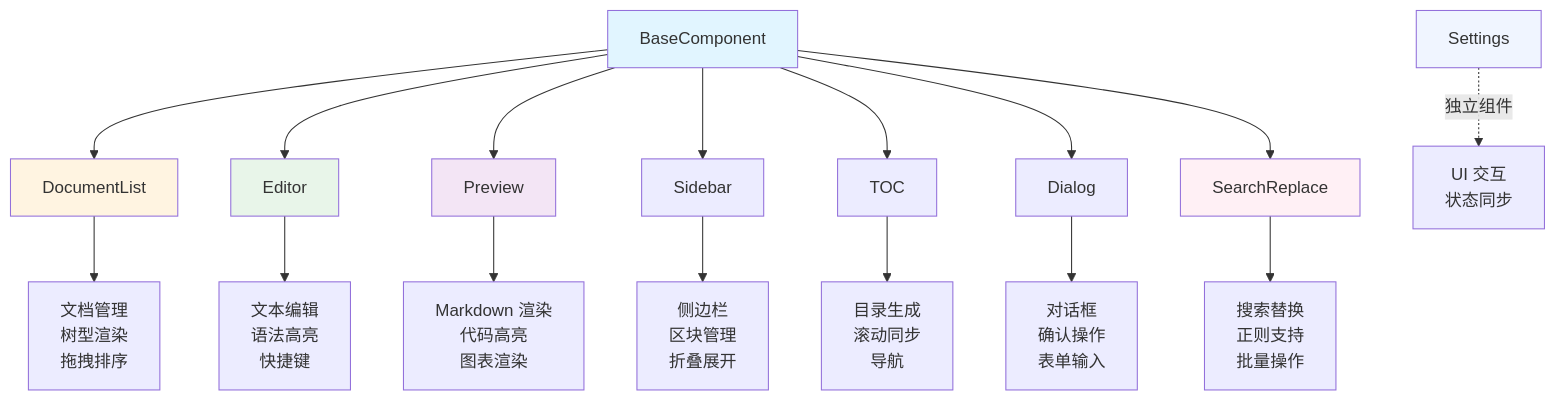
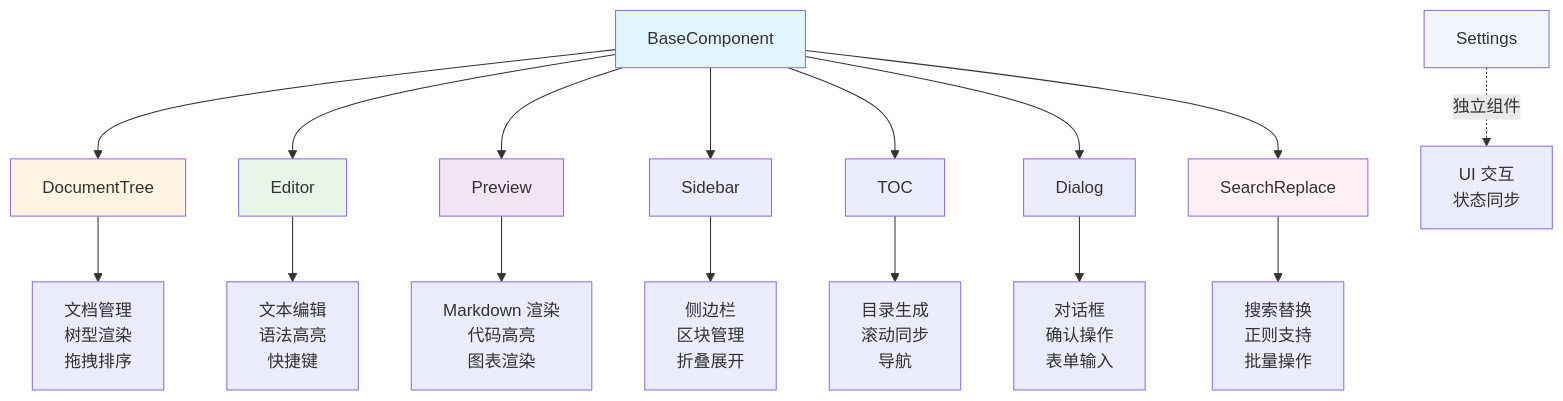
One commit to ZCShou/markdown changed the fifth of 15 diagrams in docs/arch.md. Above: the diagram before and after it, drawn with Mermaid. The commit also changed other lines of this file and 8 other files, not shown here.

Commit message:
refactor: rename DocumentList to DocumentTree for semantic clarity

````diff
--- a/docs/arch.md
+++ b/docs/arch.md
@@ -1114,27 +1114,27 @@
 ```mermaid
 graph TD
-    A[BaseComponent] --> B[DocumentList]
+    A[BaseComponent] --> B[DocumentTree]
     A --> C[Editor]
     A --> D[Preview]
     A --> E[Sidebar]
     A --> F[TOC]
     A --> G[Dialog]
     A --> H[SearchReplace]
     
     I[Settings] -.独立组件.-> J[UI 交互<br/>状态同步]
     
     B --> K[文档管理<br/>树型渲染<br/>拖拽排序]
     C --> L[文本编辑<br/>语法高亮<br/>快捷键]
     D --> M[Markdown 渲染<br/>代码高亮<br/>图表渲染]
     E --> N[侧边栏<br/>区块管理<br/>折叠展开]
     F --> O[目录生成<br/>滚动同步<br/>导航]
     G --> P[对话框<br/>确认操作<br/>表单输入]
     H --> Q[搜索替换<br/>正则支持<br/>批量操作]
     
     style A fill:#e1f5ff
     style B fill:#fff4e1
     style C fill:#e8f5e9
     style D fill:#f3e5f5
     style H fill:#fff0f5
     style I fill:#f0f5ff
 ```
````
